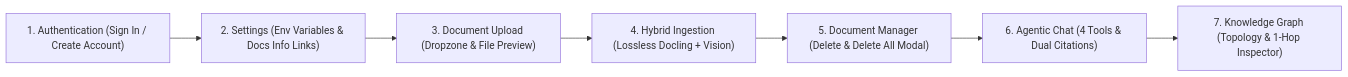
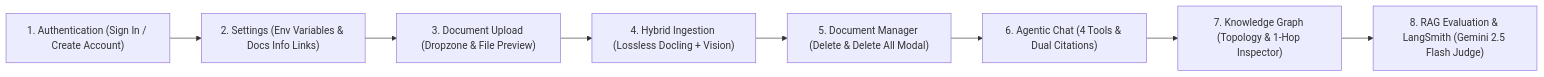
One commit to Dronanaik/adk_rag changed the diagram in docs/USER_GUIDE.md. Above: the diagram before and after it, drawn with Mermaid. The commit also changed other lines of this file and 45 other files, not shown here.

Commit message:
feat: add LangSmith tracing, Gemini 2.5 Flash RAG evaluation, header nav separation, and v2.4.0 docs/demo

````diff
--- a/docs/USER_GUIDE.md
+++ b/docs/USER_GUIDE.md
@@ -11,9 +11,10 @@
 ```mermaid
 flowchart LR
     A["1. Authentication (Sign In / Create Account)"] --> S["2. Settings (Env Variables & Docs Info Links)"]
     S --> B["3. Document Upload (Dropzone & File Preview)"]
     B --> C["4. Hybrid Ingestion (Lossless Docling + Vision)"]
     C --> D["5. Document Manager (Delete & Delete All Modal)"]
     D --> E["6. Agentic Chat (4 Tools & Dual Citations)"]
     E --> F["7. Knowledge Graph (Topology & 1-Hop Inspector)"]
+    F --> G["8. RAG Evaluation & LangSmith (Gemini 2.5 Flash Judge)"]
 ```
````
